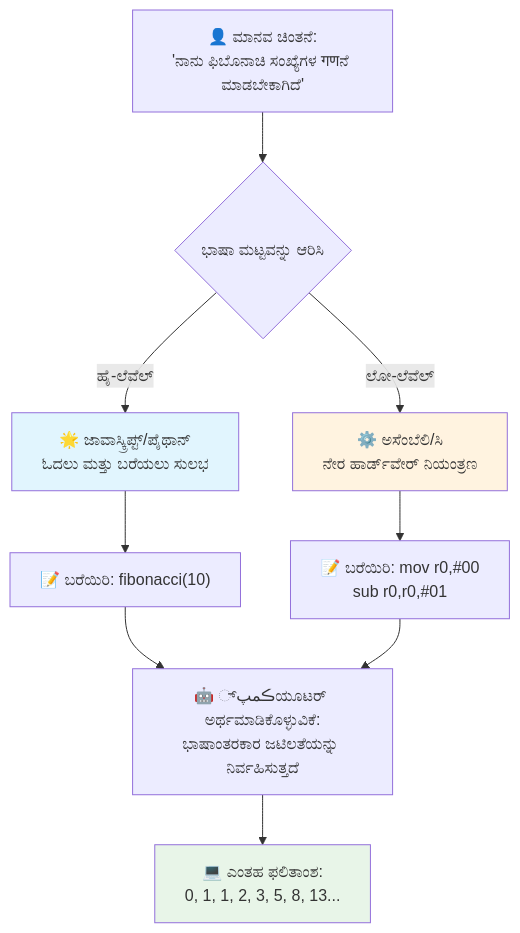
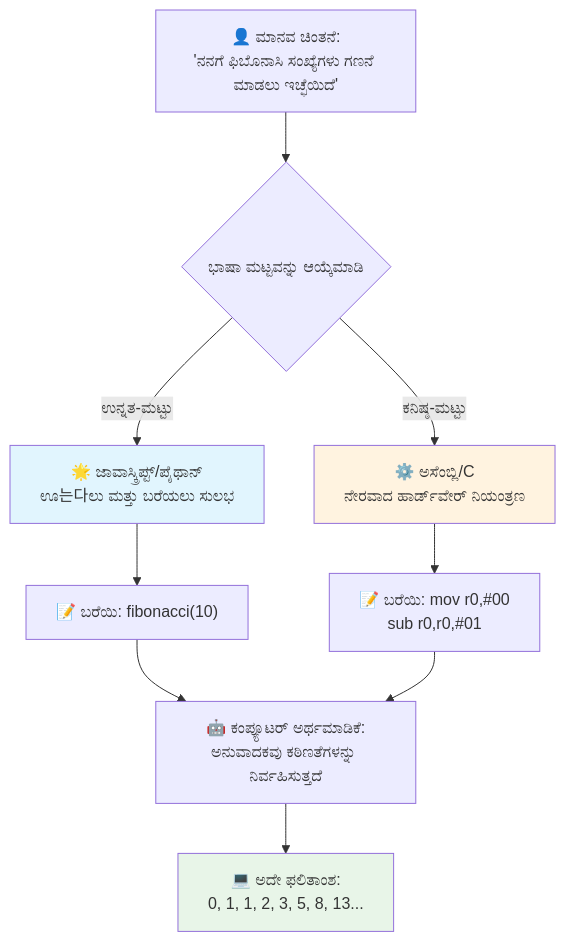
Before and after one commit to microsoft/Web-Dev-For-Beginners: the third of 7 diagrams in translations/kn/1-getting-started-lessons/1-intro-to-programming-languages/README.md, drawn with Mermaid. The commit also changed other lines of this file and 13 other files, not shown here.

````diff
--- a/translations/kn/1-getting-started-lessons/1-intro-to-programming-languages/README.md
+++ b/translations/kn/1-getting-started-lessons/1-intro-to-programming-languages/README.md
@@ -150,19 +148,19 @@
 ```mermaid
 flowchart TB
-    A["👤 ಮಾನವ ಚಿಂತನೆ:<br/>'ನಾನು ಫಿಬೊನಾಚಿ ಸಂಖ್ಯೆಗಳ गणನೆ ಮಾಡಬೇಕಾಗಿದೆ'"] --> B{ಭಾಷಾ ಮಟ್ಟವನ್ನು ಆರಿಸಿ}
+    A["👤 ಮಾನವ ಚಿಂತನೆ:<br/>'ನನಗೆ ಫಿಬೊನಾಸಿ ಸಂಖ್ಯೆಗಳು ಗಣನೆ ಮಾಡಲು ಇಚ್ಛೆಯಿದೆ'"] --> B{ಭಾಷಾ ಮಟ್ಟವನ್ನು ಆಯ್ಕೆಮಾಡಿ}
     
-    B -->|ಹೈ-ಲೆವೆಲ್| C["🌟 ಜಾವಾಸ್ಕ್ರಿಪ್ಟ್/ಪೈಥಾನ್<br/>ಓದಲು ಮತ್ತು ಬರೆಯಲು ಸುಲಭ"]
-    B -->|ಲೋ-ಲೆವೆಲ್| D["⚙️ ಅಸೆಂಬೆಲಿ/ಸಿ<br/>ನೇರ ಹಾರ್ಡ್‌ವೇರ್ ನಿಯಂತ್ರಣ"]
+    B -->|ಉನ್ನತ-ಮಟ್ಟು| C["🌟 ಜಾವಾಸ್ಕ್ರಿಪ್ಟ್/ಪೈಥಾನ್<br/>ಊ는다ಲು ಮತ್ತು ಬರೆಯಲು ಸುಲಭ"]
+    B -->|ಕನಿಷ್ಠ-ಮಟ್ಟು| D["⚙️ ಅಸೆಂಬ್ಲಿ/C<br/>ನೇರವಾದ ಹಾರ್ಡ್‌ವೇರ್ ನಿಯಂತ್ರಣ"]
     
-    C --> E["📝 ಬರೆಯಿರಿ: fibonacci(10)"]
-    D --> F["📝 ಬರೆಯಿರಿ: mov r0,#00<br/>sub r0,r0,#01"]
+    C --> E["📝 ಬರೆಯಿ: fibonacci(10)"]
+    D --> F["📝 ಬರೆಯಿ: mov r0,#00<br/>sub r0,r0,#01"]
     
-    E --> G["🤖 ڪمپ್ಯೂಟರ್ ಅರ್ಥಮಾಡಿಕೊಳ್ಳುವಿಕೆ:<br/>ಭಾಷಾಂತರಕಾರ ಜಟಿಲತೆಯನ್ನು ನಿರ್ವಹಿಸುತ್ತದೆ"]
+    E --> G["🤖 ಕಂಪ್ಯೂಟರ್ ಅರ್ಥಮಾಡಿಕೆ:<br/>ಅನುವಾದಕವು ಕಠಿಣತೆಗಳನ್ನು ನಿರ್ವಹಿಸುತ್ತದೆ"]
     F --> G
     
-    G --> H["💻 ಎಂತಹ ಫಲಿತಾಂಶ:<br/>0, 1, 1, 2, 3, 5, 8, 13..."]
+    G --> H["💻 ಅದೇ ಫಲಿತಾಂಶ:<br/>0, 1, 1, 2, 3, 5, 8, 13..."]
     
     style C fill:#e1f5fe
     style D fill:#fff3e0
     style H fill:#e8f5e8
 ```
````
